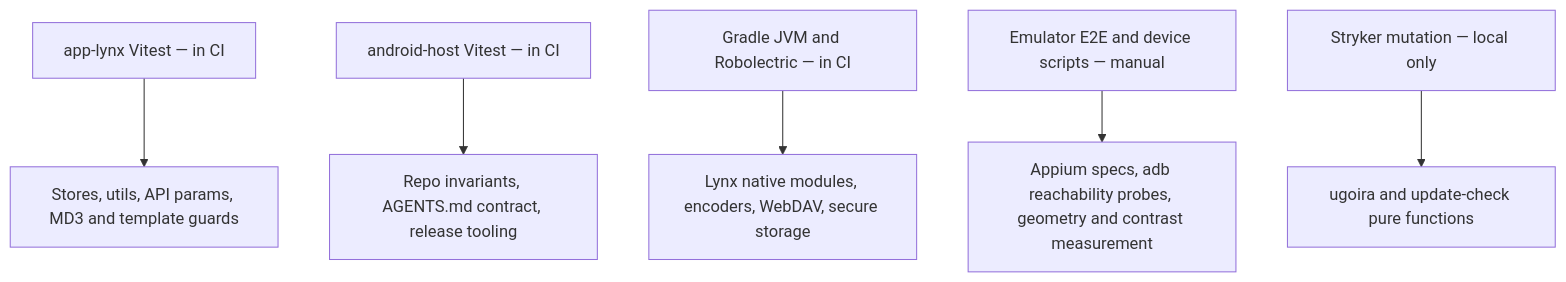
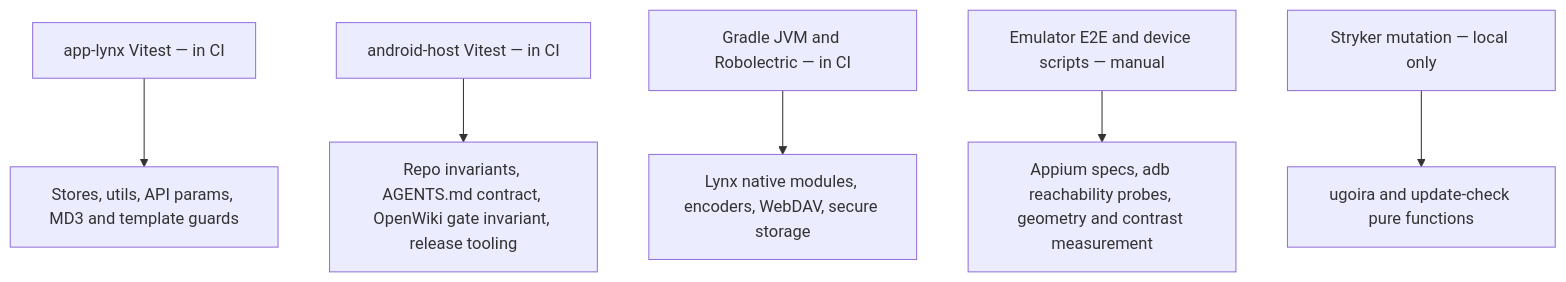
The diagram in openwiki/testing/overview.md (a1121611810/Pictelio), drawn with Mermaid before and after one commit. The commit also changed other lines of this file and 8 other files, not shown here.

Commit message:
docs: update OpenWiki (#959)

````diff
--- a/openwiki/testing/overview.md
+++ b/openwiki/testing/overview.md
@@ -120,8 +124,8 @@
 ```mermaid
 flowchart TD
     A["app-lynx Vitest — in CI"] --> A1["Stores, utils, API params, MD3 and template guards"]
-    B["android-host Vitest — in CI"] --> B1["Repo invariants, AGENTS.md contract, release tooling"]
+    B["android-host Vitest — in CI"] --> B1["Repo invariants, AGENTS.md contract, OpenWiki gate invariant, release tooling"]
     C["Gradle JVM and Robolectric — in CI"] --> C1["Lynx native modules, encoders, WebDAV, secure storage"]
     D["Emulator E2E and device scripts — manual"] --> D1["Appium specs, adb reachability probes, geometry and contrast measurement"]
     E["Stryker mutation — local only"] --> E1["ugoira and update-check pure functions"]
 ```
````
